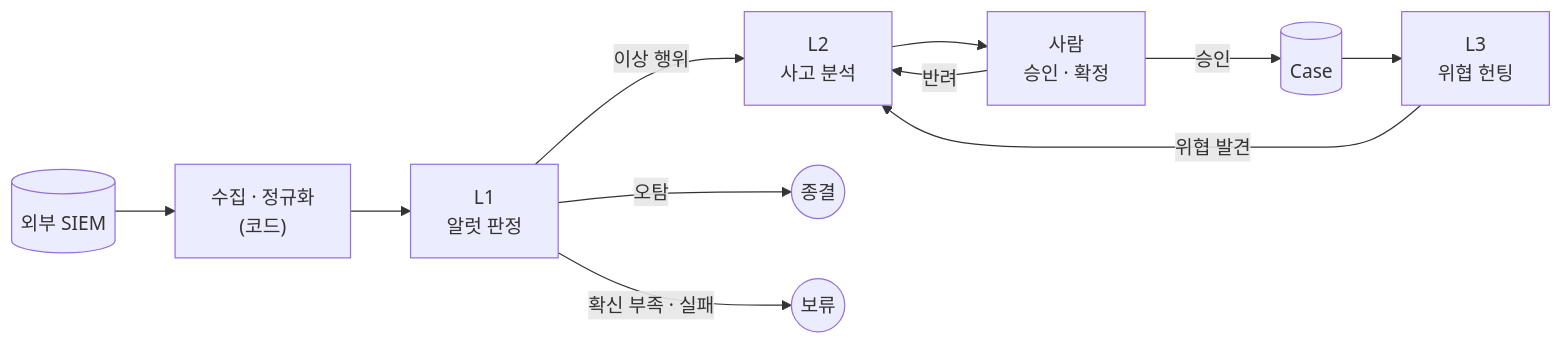
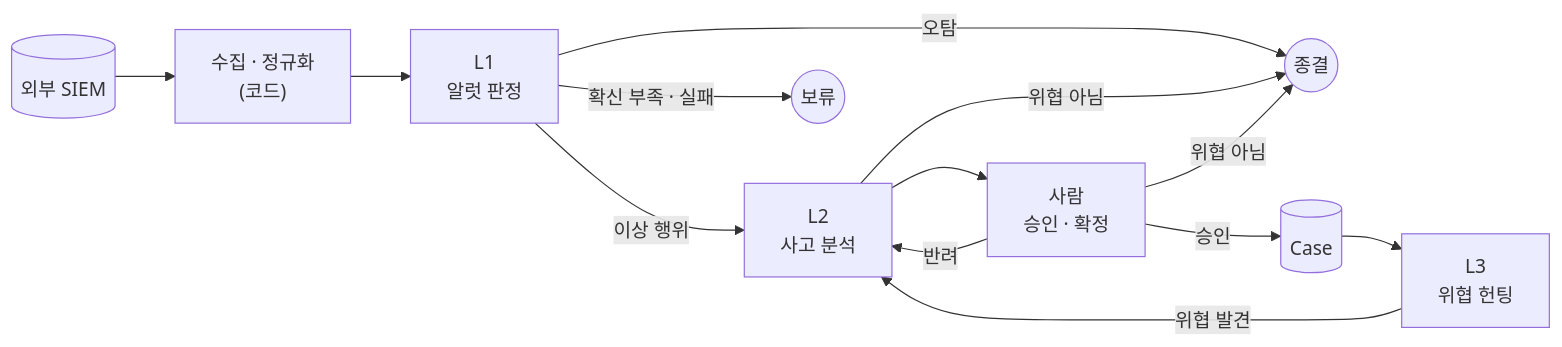
The diagram in docs/architecture.md (0-Ticket/0-Ticket), drawn with Mermaid before and after one commit. The commit also changed other lines of this file and 66 other files, not shown here.

````diff
--- a/docs/architecture.md
+++ b/docs/architecture.md
@@ -21,13 +21,15 @@
 ```mermaid
 flowchart LR
   SIEM[("외부 SIEM")] --> PIPE["수집 · 정규화<br/>(코드)"]
   PIPE --> L1["L1<br/>알럿 판정"]
   L1 -- "이상 행위" --> L2["L2<br/>사고 분석"]
   L1 -- "오탐" --> CLOSE(("종결"))
   L1 -- "확신 부족 · 실패" --> HOLD(("보류"))
   L2 --> HUMAN["사람<br/>승인 · 확정"]
+  L2 -- "위협 아님" --> CLOSE
+  HUMAN -- "위협 아님" --> CLOSE
   HUMAN -- "승인" --> CASE[("Case")]
   HUMAN -- "반려" --> L2
   CASE --> L3["L3<br/>위협 헌팅"]
   L3 -- "위협 발견" --> L2
 ```
````
